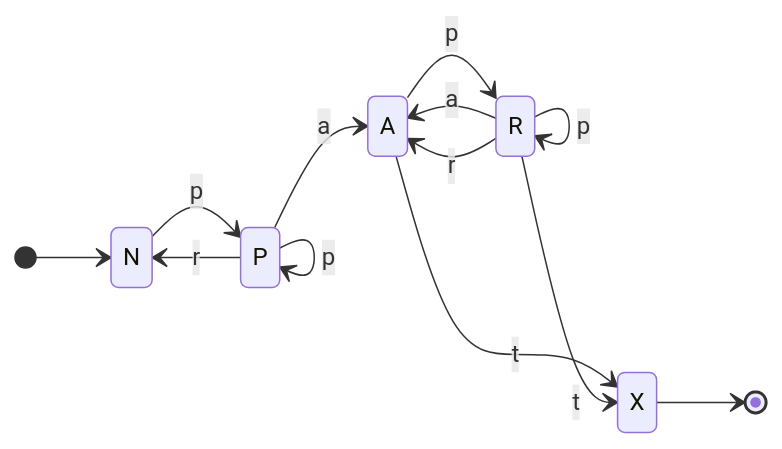
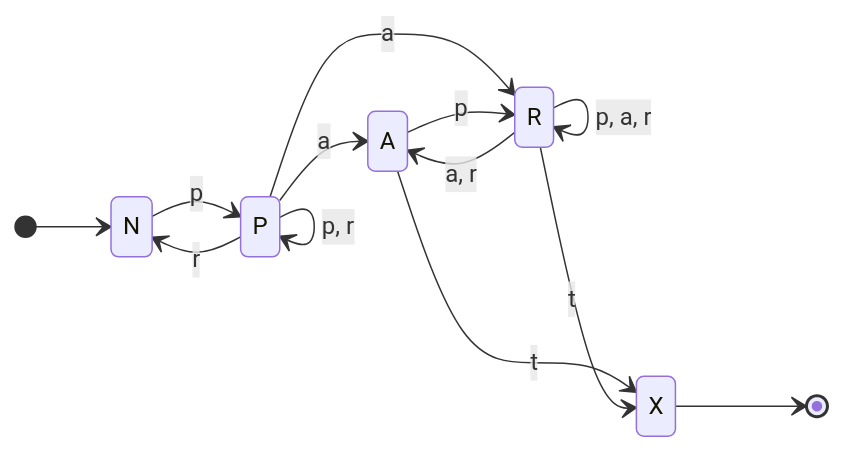
Before and after one commit to CERTCC/Vultron: the fifth of 5 diagrams in docs/topics/process_models/em/formal_model.md, drawn with Mermaid. The commit also changed other lines of this file and 23 other files, not shown here.

````diff
--- a/docs/topics/process_models/em/formal_model.md
+++ b/docs/topics/process_models/em/formal_model.md
@@ -197,16 +210,16 @@
 ```mermaid
 stateDiagram-v2
     direction LR
     [*] --> N
     N --> P: p
-    P --> P: p
+    P --> P: p, r
     P --> N: r
     P --> A: a
+    P --> R: a
     A --> R: p
     A --> X: t
-    R --> R: p
-    R --> A: a
-    R --> A: r
+    R --> R: p, a, r
+    R --> A: a, r
     R --> X: t
     X --> [*]
 ```
````
